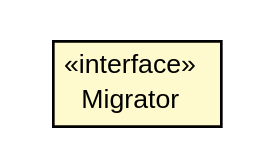
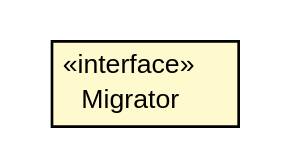
Before and after one commit to trajano/doxdb: the diagram in doxdb-rest/apidocs/net/trajano/doxdb/ext/Migrator.dot, drawn with Graphviz. The commit also changed 313 other files, not shown here.

```diff
--- a/doxdb-rest/apidocs/net/trajano/doxdb/ext/Migrator.dot
+++ b/doxdb-rest/apidocs/net/trajano/doxdb/ext/Migrator.dot
@@ -1,19 +1,19 @@
 #!/usr/local/bin/dot
 #
 # Class diagram 
 # Generated by UMLGraph version R5_6-24-gf6e263 (http://www.umlgraph.org/)
 #
 
 digraph G {
-	edge [fontname="arial",fontsize=10,labelfontname="arial",labelfontsize=10];
-	node [fontname="arial",fontsize=10,shape=plaintext];
+	edge [fontname="Helvetica",fontsize=10,labelfontname="Helvetica",labelfontsize=10];
+	node [fontname="Helvetica",fontsize=10,shape=plaintext];
 	nodesep=0.25;
 	ranksep=0.5;
 	// net.trajano.doxdb.ext.Migrator
-	c1291 [label=<<table title="net.trajano.doxdb.ext.Migrator" border="0" cellborder="1" cellspacing="0" cellpadding="2" port="p" bgcolor="lemonChiffon" href="./Migrator.html">
+	c1304 [label=<<table title="net.trajano.doxdb.ext.Migrator" border="0" cellborder="1" cellspacing="0" cellpadding="2" port="p" bgcolor="lemonChiffon" href="./Migrator.html">
 		<tr><td><table border="0" cellspacing="0" cellpadding="1">
 <tr><td align="center" balign="center"> &#171;interface&#187; </td></tr>
 <tr><td align="center" balign="center"> Migrator </td></tr>
 		</table></td></tr>
-		</table>>, URL="./Migrator.html", fontname="arial", fontcolor="black", fontsize=10.0];
+		</table>>, URL="./Migrator.html", fontname="Helvetica", fontcolor="black", fontsize=10.0];
 }
```
